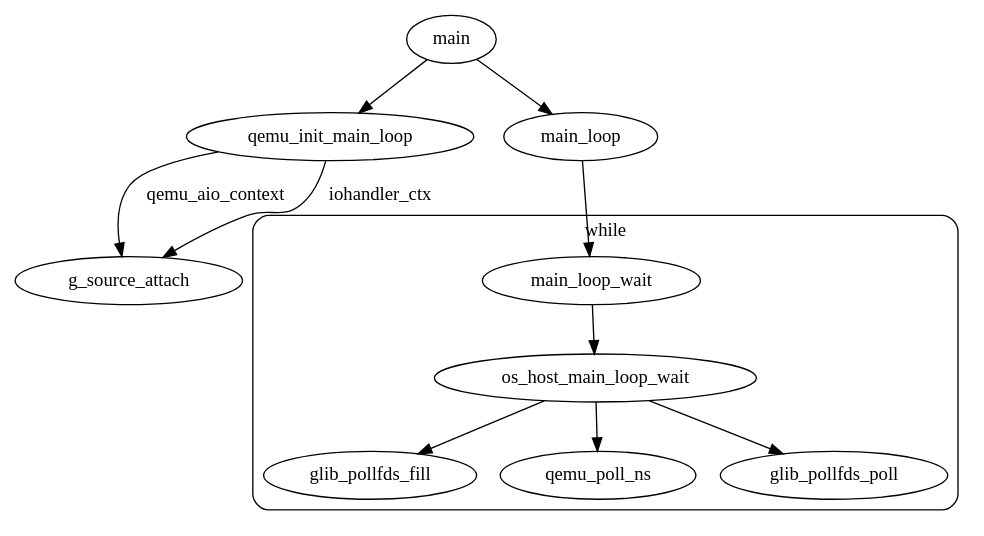
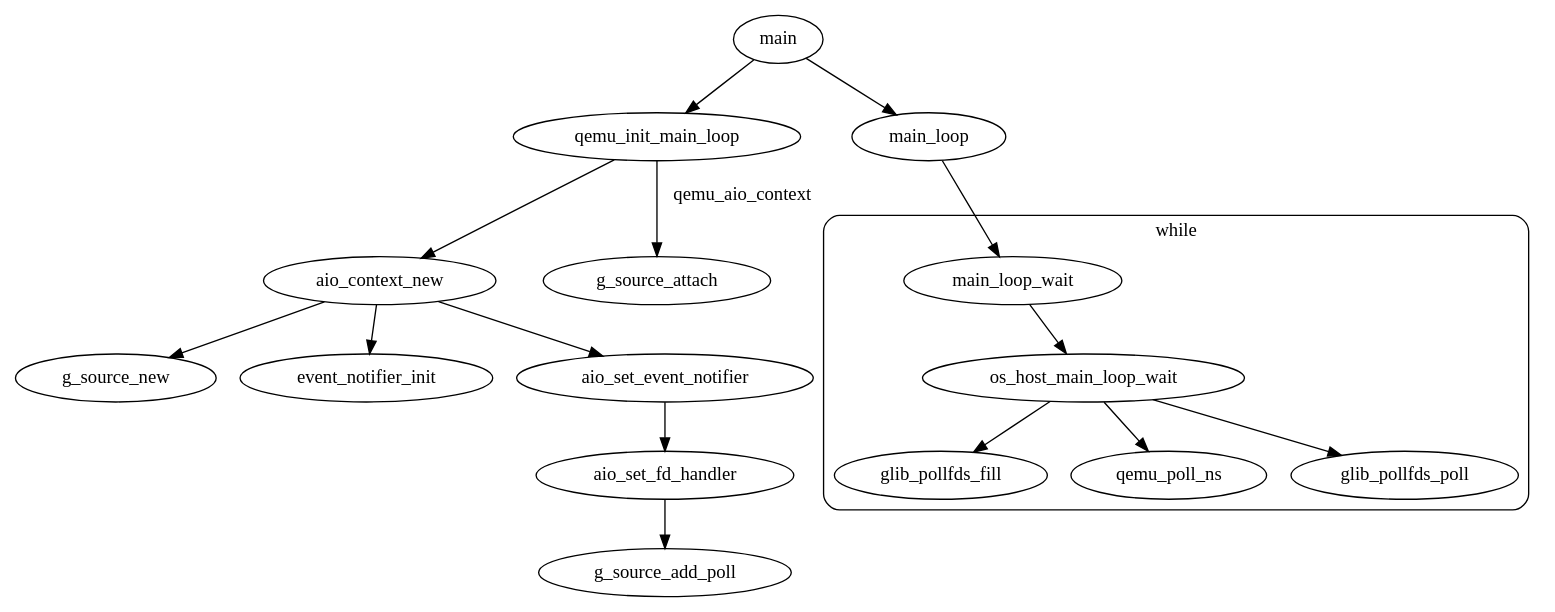
One commit to rivsidn/repositories-incubator changed the first of 3 diagrams in qemu_src/事件循环机制.md. Above: the diagram before and after it, drawn with Graphviz. The commit also changed other lines of this file and 3 other files, not shown here.

````diff
--- a/qemu_src/事件循环机制.md
+++ b/qemu_src/事件循环机制.md
@@ -3,19 +7,27 @@
 ```dot
 digraph G {
     main -> qemu_init_main_loop;
+    qemu_init_main_loop ->  aio_context_new;
+        aio_context_new -> g_source_new;
+        aio_context_new -> event_notifier_init;
+        aio_context_new -> aio_set_event_notifier -> aio_set_fd_handler -> g_source_add_poll;
+
     qemu_init_main_loop -> g_source_attach[label="qemu_aio_context"];
-    qemu_init_main_loop -> g_source_attach[label="iohandler_ctx"];
 
     main -> main_loop;
     main_loop -> main_loop_wait;
     subgraph cluster_while {
-        label = "while"
-        style = "rounded"
+        label="while"
+        style="rounded"
 
         main_loop_wait -> os_host_main_loop_wait;
-        os_host_main_loop_wait -> glib_pollfds_fill;
-        os_host_main_loop_wait -> qemu_poll_ns;
-        os_host_main_loop_wait -> glib_pollfds_poll;
+            os_host_main_loop_wait -> glib_pollfds_fill;
+            os_host_main_loop_wait -> qemu_poll_ns;
+            os_host_main_loop_wait -> glib_pollfds_poll;
     }
+
+    # 布局调整
+    { rank="same"; aio_context_new; g_source_attach; }
+    aio_context_new -> g_source_attach[style="invis"]
 }
 ```
````
